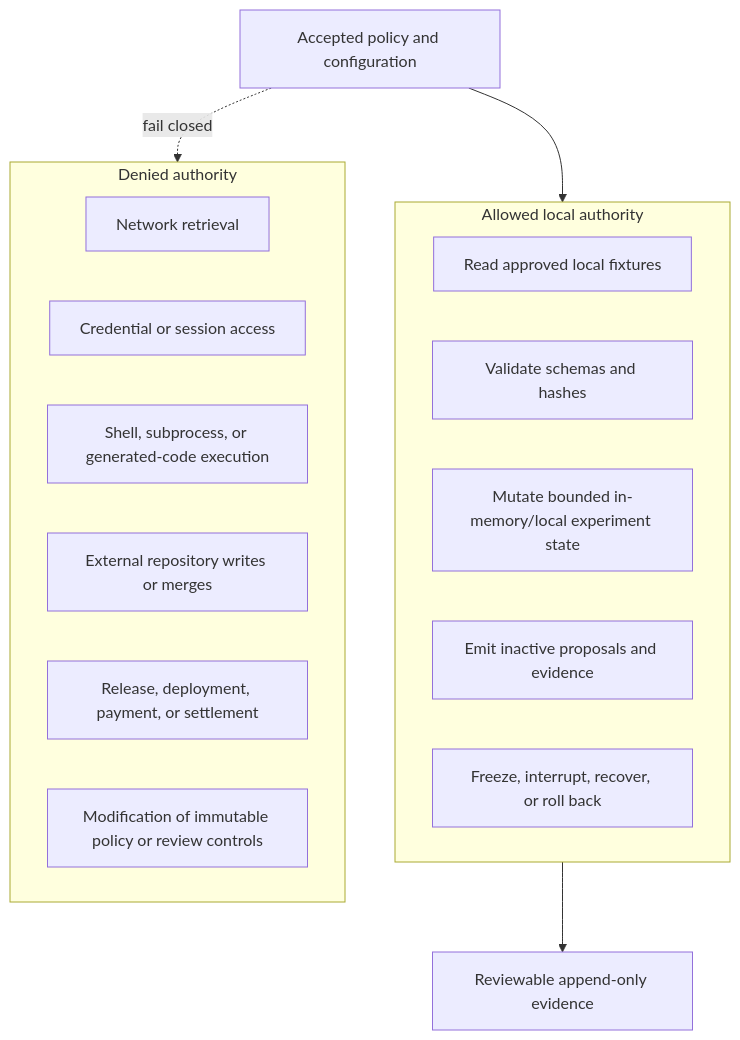
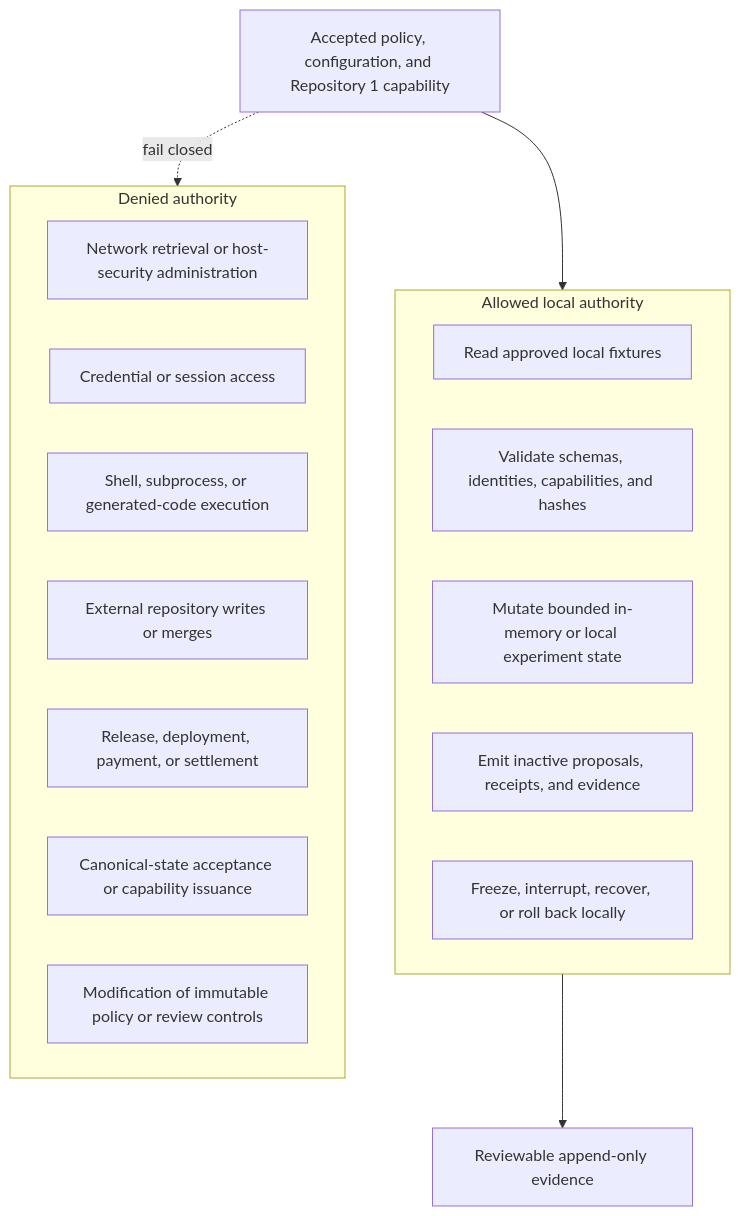
One commit to aevespers2/QuantumStateObjects changed the third of 3 diagrams in docs/alistaire-integration.md. Above: the diagram before and after it, drawn with Mermaid. The commit also changed other lines of this file, not shown here.

````diff
--- a/docs/alistaire-integration.md
+++ b/docs/alistaire-integration.md
@@ -99,23 +125,24 @@
 ```mermaid
 flowchart TB
     subgraph Allowed[Allowed local authority]
         A1[Read approved local fixtures]
-        A2[Validate schemas and hashes]
-        A3[Mutate bounded in-memory/local experiment state]
-        A4[Emit inactive proposals and evidence]
-        A5[Freeze, interrupt, recover, or roll back]
+        A2[Validate schemas, identities, capabilities, and hashes]
+        A3[Mutate bounded in-memory or local experiment state]
+        A4[Emit inactive proposals, receipts, and evidence]
+        A5[Freeze, interrupt, recover, or roll back locally]
     end
 
     subgraph Denied[Denied authority]
-        D1[Network retrieval]
+        D1[Network retrieval or host-security administration]
         D2[Credential or session access]
         D3[Shell, subprocess, or generated-code execution]
         D4[External repository writes or merges]
         D5[Release, deployment, payment, or settlement]
-        D6[Modification of immutable policy or review controls]
+        D6[Canonical-state acceptance or capability issuance]
+        D7[Modification of immutable policy or review controls]
     end
 
-    Policy[Accepted policy and configuration] --> Allowed
+    Policy[Accepted policy, configuration, and Repository 1 capability] --> Allowed
     Allowed --> Evidence[Reviewable append-only evidence]
     Policy -. fail closed .-> Denied
 ```
````
